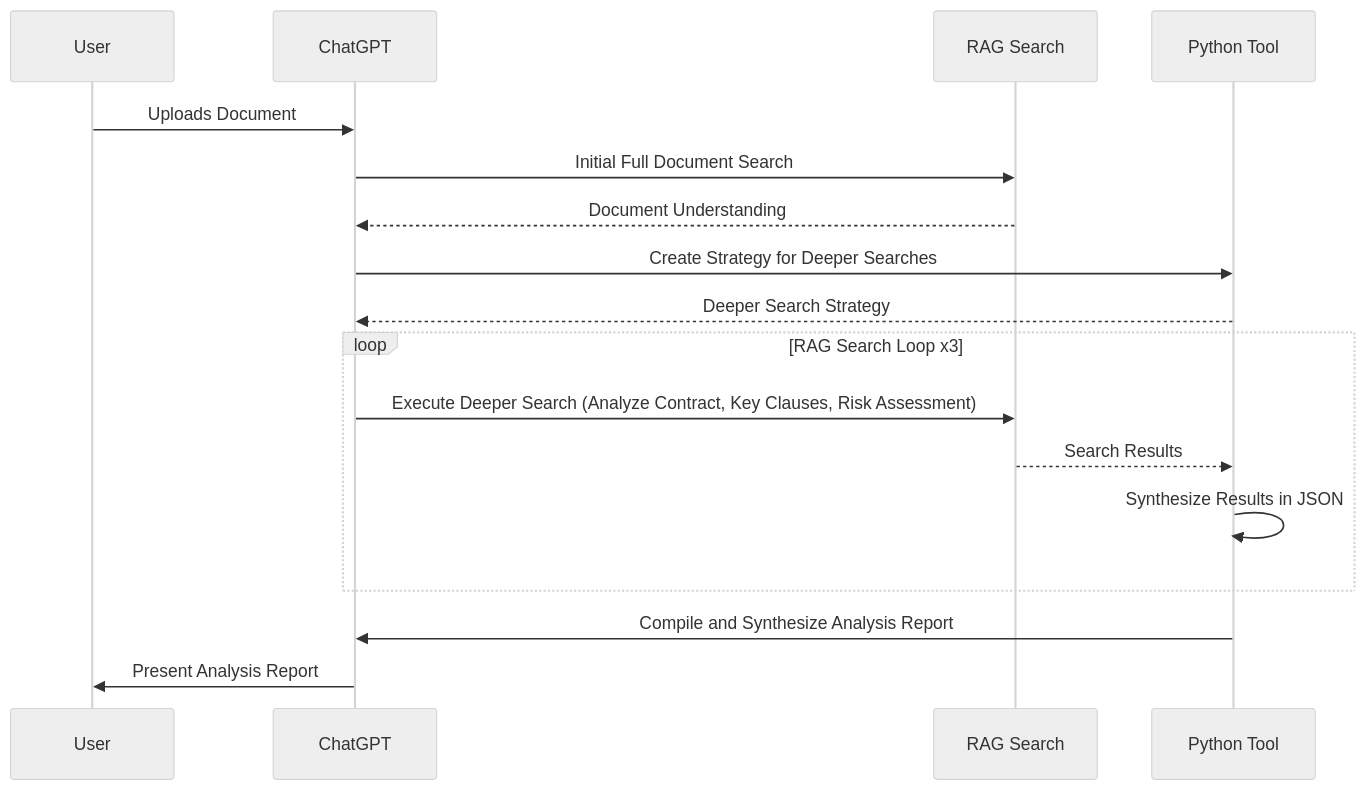
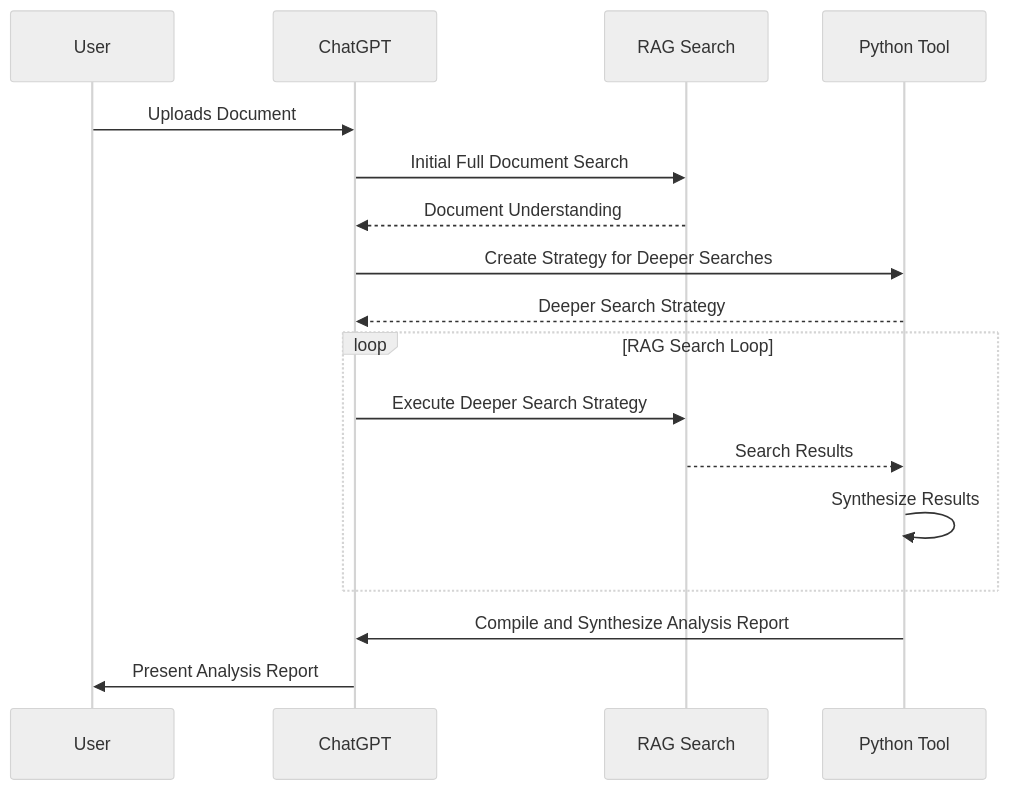
One commit to nerority/Advanced-GPTs changed the tenth of 11 diagrams in README.md. Above: the diagram before and after it, drawn with Mermaid (neutral theme). The commit also changed other lines of this file, not shown here.

````diff
--- a/README.md
+++ b/README.md
@@ -486,20 +486,20 @@
 ```mermaid
 sequenceDiagram
     participant User
     participant ChatGPT
     participant RAG as RAG Search
     participant PythonTool as Python Tool
 
     User->>ChatGPT: Uploads Document
     ChatGPT->>RAG: Initial Full Document Search
     RAG-->>ChatGPT: Document Understanding
     ChatGPT->>PythonTool: Create Strategy for Deeper Searches
     PythonTool-->>ChatGPT: Deeper Search Strategy
-    loop RAG Search Loop x3
-        ChatGPT->>RAG: Execute Deeper Search (Analyze Contract, Key Clauses, Risk Assessment)
+    loop RAG Search Loop
+        ChatGPT->>RAG: Execute Deeper Search Strategy
         RAG-->>PythonTool: Search Results
-        PythonTool->>PythonTool: Synthesize Results in JSON
+        PythonTool->>PythonTool: Synthesize Results
     end
     PythonTool->>ChatGPT: Compile and Synthesize Analysis Report
     ChatGPT->>User: Present Analysis Report
 ```
````
